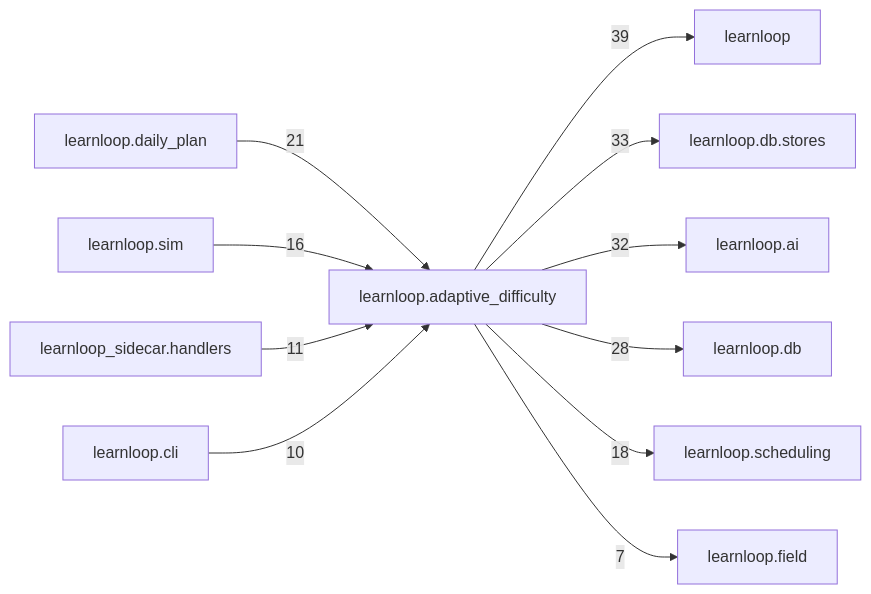
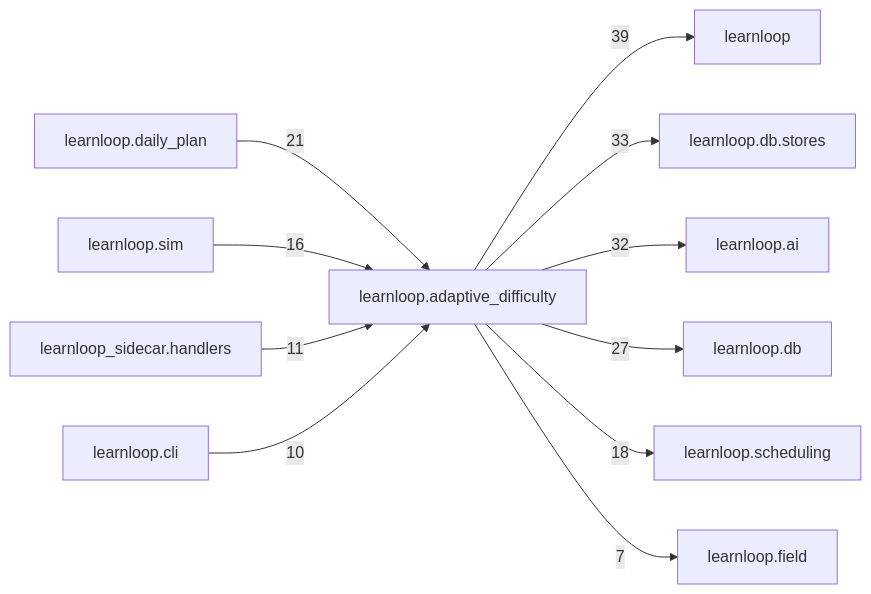
Before and after one commit to 6up-b/learnanything: the diagram in docs/learnloop-architecture-vault/Reference/Modules/learnloop/adaptive_difficulty/_package.md, drawn with Mermaid. The commit also changed other lines of this file and 13 other files, not shown here.

````diff
--- a/docs/learnloop-architecture-vault/Reference/Modules/learnloop/adaptive_difficulty/_package.md
+++ b/docs/learnloop-architecture-vault/Reference/Modules/learnloop/adaptive_difficulty/_package.md
@@ -190,24 +190,24 @@
 ```mermaid
 flowchart LR
     center["learnloop.adaptive_difficulty"]
     n_learnloop["learnloop"]
     n_learnloop_db_stores["learnloop.db.stores"]
     n_learnloop_ai["learnloop.ai"]
     n_learnloop_db["learnloop.db"]
     n_learnloop_daily_plan["learnloop.daily_plan"]
     n_learnloop_scheduling["learnloop.scheduling"]
     n_learnloop_sim["learnloop.sim"]
     n_learnloop_sidecar_handlers["learnloop_sidecar.handlers"]
     n_learnloop_cli["learnloop.cli"]
     n_learnloop_field["learnloop.field"]
     center -->|39| n_learnloop
     center -->|33| n_learnloop_db_stores
     center -->|32| n_learnloop_ai
-    center -->|28| n_learnloop_db
+    center -->|27| n_learnloop_db
     n_learnloop_daily_plan -->|21| center
     center -->|18| n_learnloop_scheduling
     n_learnloop_sim -->|16| center
     n_learnloop_sidecar_handlers -->|11| center
     n_learnloop_cli -->|10| center
     center -->|7| n_learnloop_field
 ```
````
